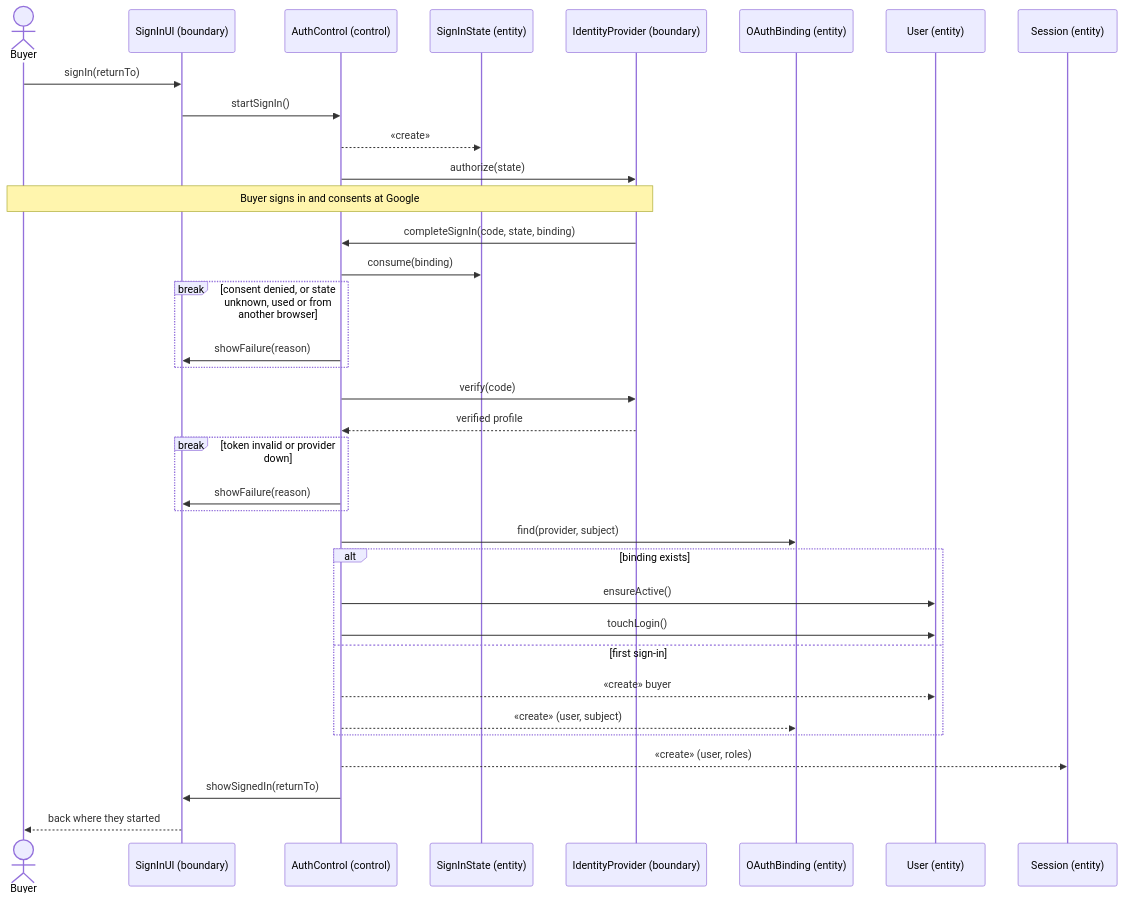
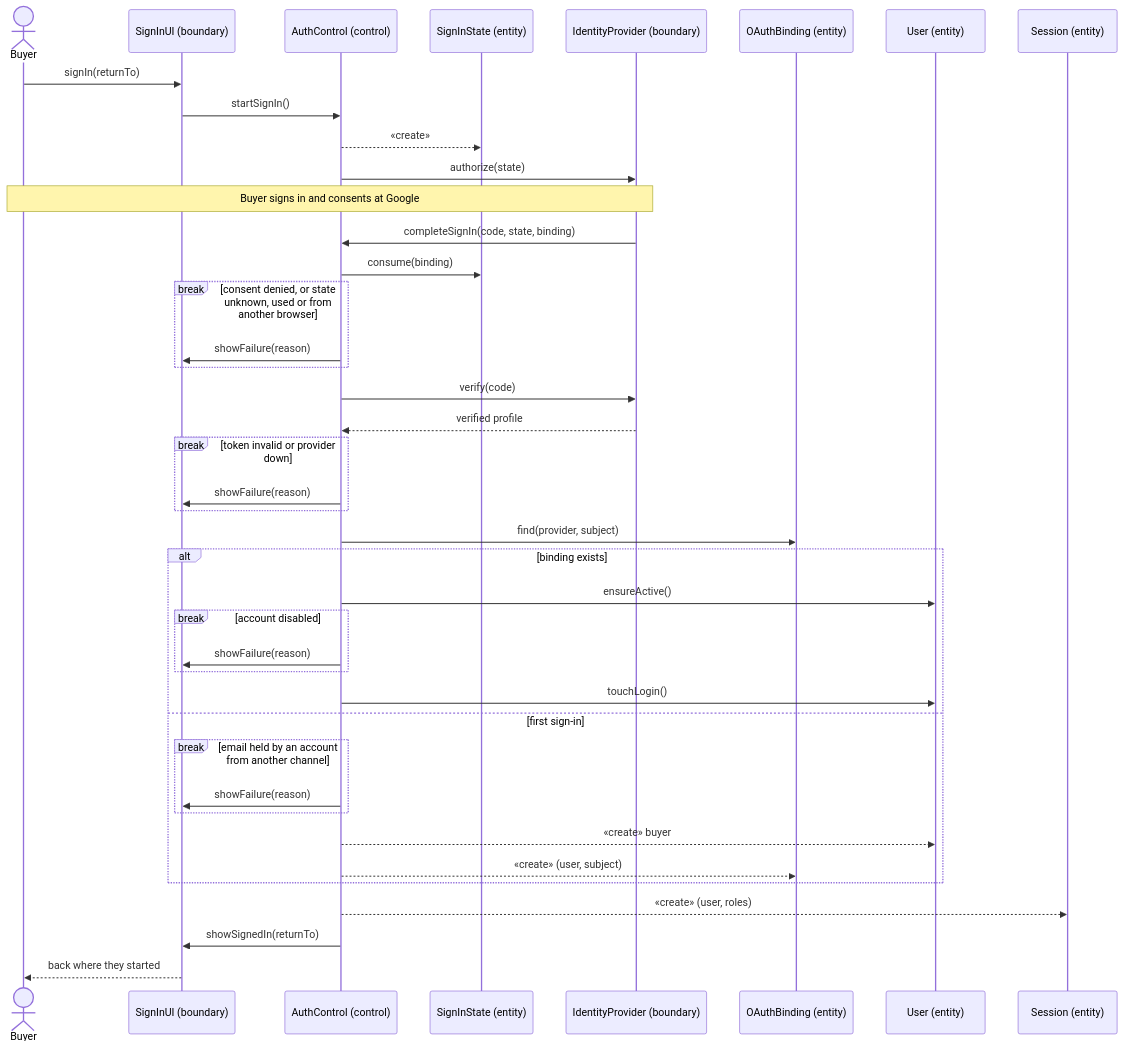
One commit to PPsyrius/iss-groupbuy-team8 changed the fifth of 18 diagrams in docs/swe5006/report/sections/03-4-3-pan.md. Above: the diagram before and after it, drawn with Mermaid. The commit also changed other lines of this file, not shown here.

````diff
--- a/docs/swe5006/report/sections/03-4-3-pan.md
+++ b/docs/swe5006/report/sections/03-4-3-pan.md
@@ -221,37 +221,43 @@
 ```mermaid
 sequenceDiagram
     actor Buyer
     participant UI as SignInUI (boundary)
     participant Ctl as AuthControl (control)
     participant St as SignInState (entity)
     participant IdP as IdentityProvider (boundary)
     participant B as OAuthBinding (entity)
     participant U as User (entity)
     participant S as Session (entity)
     Buyer->>UI: signIn(returnTo)
     UI->>Ctl: startSignIn()
     Ctl-->>St: «create»
     Ctl->>IdP: authorize(state)
     Note over Buyer,IdP: Buyer signs in and consents at Google
     IdP->>Ctl: completeSignIn(code, state, binding)
     Ctl->>St: consume(binding)
     break consent denied, or state unknown, used or from another browser
         Ctl->>UI: showFailure(reason)
     end
     Ctl->>IdP: verify(code)
     IdP-->>Ctl: verified profile
     break token invalid or provider down
         Ctl->>UI: showFailure(reason)
     end
     Ctl->>B: find(provider, subject)
     alt binding exists
         Ctl->>U: ensureActive()
+        break account disabled
+            Ctl->>UI: showFailure(reason)
+        end
         Ctl->>U: touchLogin()
     else first sign-in
+        break email held by an account from another channel
+            Ctl->>UI: showFailure(reason)
+        end
         Ctl-->>U: «create» buyer
         Ctl-->>B: «create» (user, subject)
     end
     Ctl-->>S: «create» (user, roles)
     Ctl->>UI: showSignedIn(returnTo)
     UI-->>Buyer: back where they started
 ```
````
